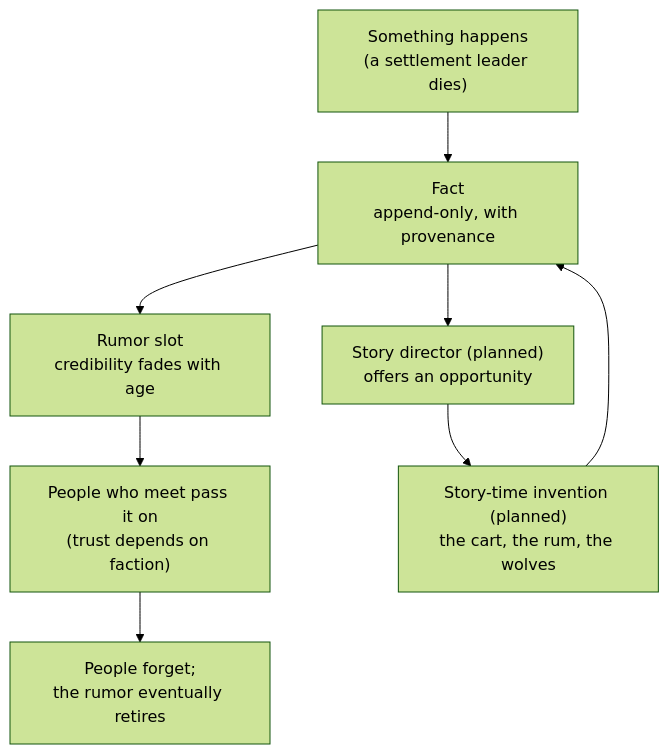
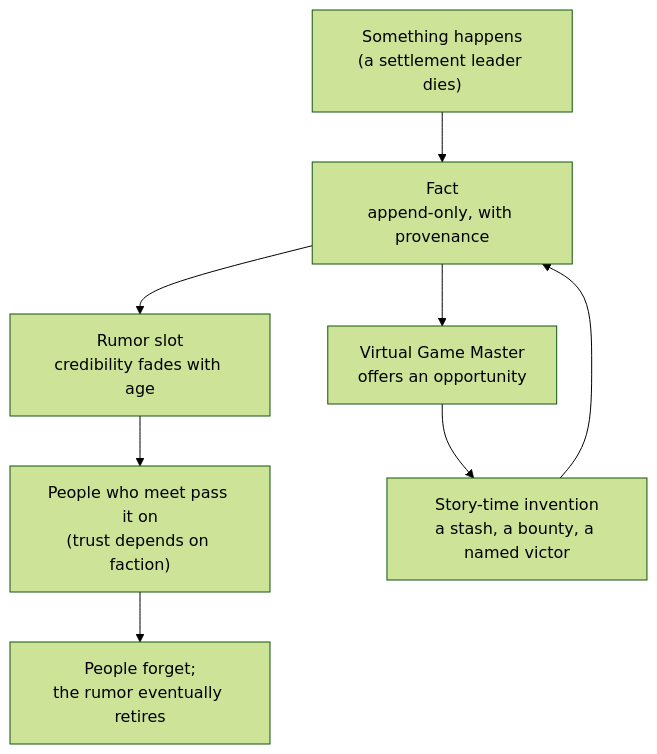
One commit to adrik0622/QuestSim changed the fourth of 8 diagrams in README.md. Above: the diagram before and after it, drawn with Mermaid (forest theme). The commit also changed other lines of this file and 8 other files, not shown here.

````diff
--- a/README.md
+++ b/README.md
@@ -183,10 +189,10 @@
 ```mermaid
 flowchart TD
     EV["Something happens<br/>(a settlement leader dies)"] --> FACT["Fact<br/>append-only, with provenance"]
     FACT --> RUMOR["Rumor slot<br/>credibility fades with age"]
     RUMOR --> PEOPLE["People who meet pass it on<br/>(trust depends on faction)"]
     PEOPLE --> FORGET["People forget;<br/>the rumor eventually retires"]
-    FACT --> STORY["Story director (planned)<br/>offers an opportunity"]
-    STORY --> INVENT["Story-time invention (planned)<br/>the cart, the rum, the wolves"]
+    FACT --> STORY["Virtual Game Master<br/>offers an opportunity"]
+    STORY --> INVENT["Story-time invention<br/>a stash, a bounty, a named victor"]
     INVENT --> FACT
 ```
````
